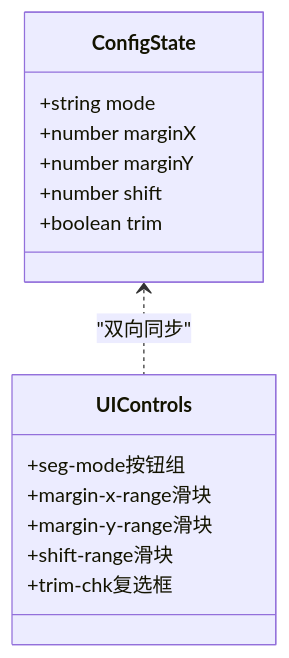
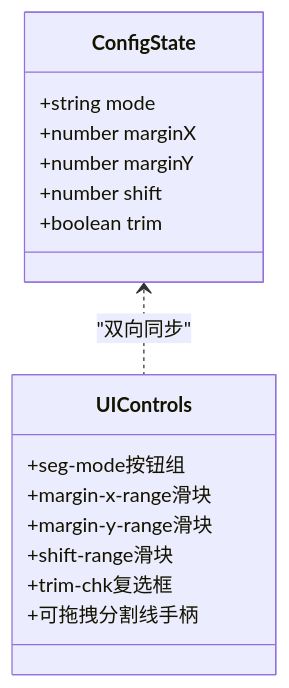
One commit to wzh8080/PDFTools changed the fourth of 9 diagrams in .qoder/repowiki/zh/content/Web应用架构/UI组件设计.md. Above: the diagram before and after it, drawn with Mermaid. The commit also changed other lines of this file and 29 other files, not shown here.

````diff
--- a/.qoder/repowiki/zh/content/Web应用架构/UI组件设计.md
+++ b/.qoder/repowiki/zh/content/Web应用架构/UI组件设计.md
@@ -147,18 +157,19 @@
 ```mermaid
 classDiagram
 class ConfigState {
 +string mode
 +number marginX
 +number marginY
 +number shift
 +boolean trim
 }
 class UIControls {
 +seg-mode按钮组
 +margin-x-range滑块
 +margin-y-range滑块
 +shift-range滑块
 +trim-chk复选框
++可拖拽分割线手柄
 }
 ConfigState <.. UIControls : "双向同步"
 ```
````
